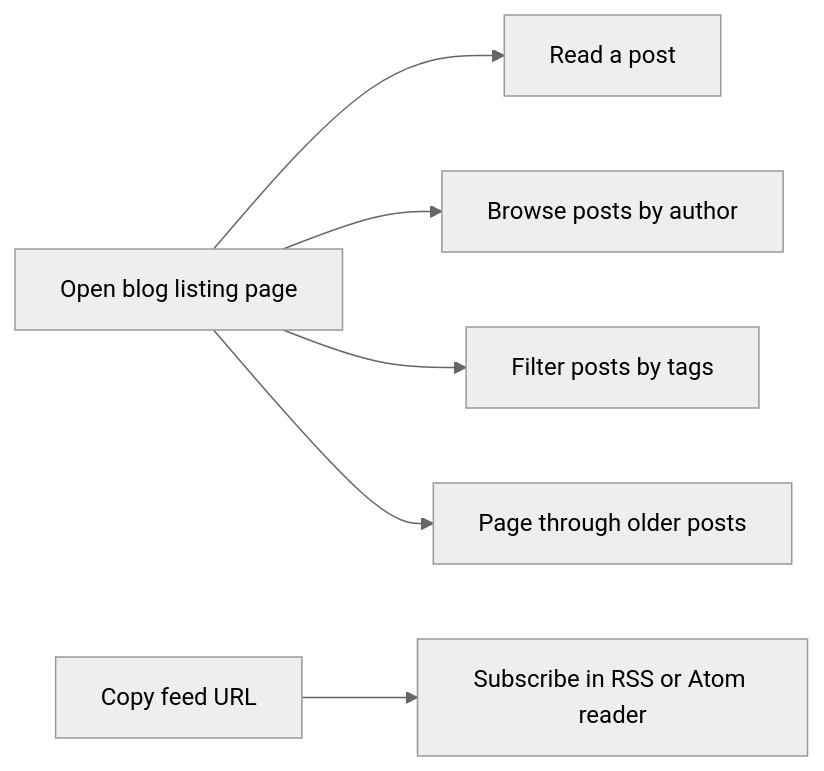
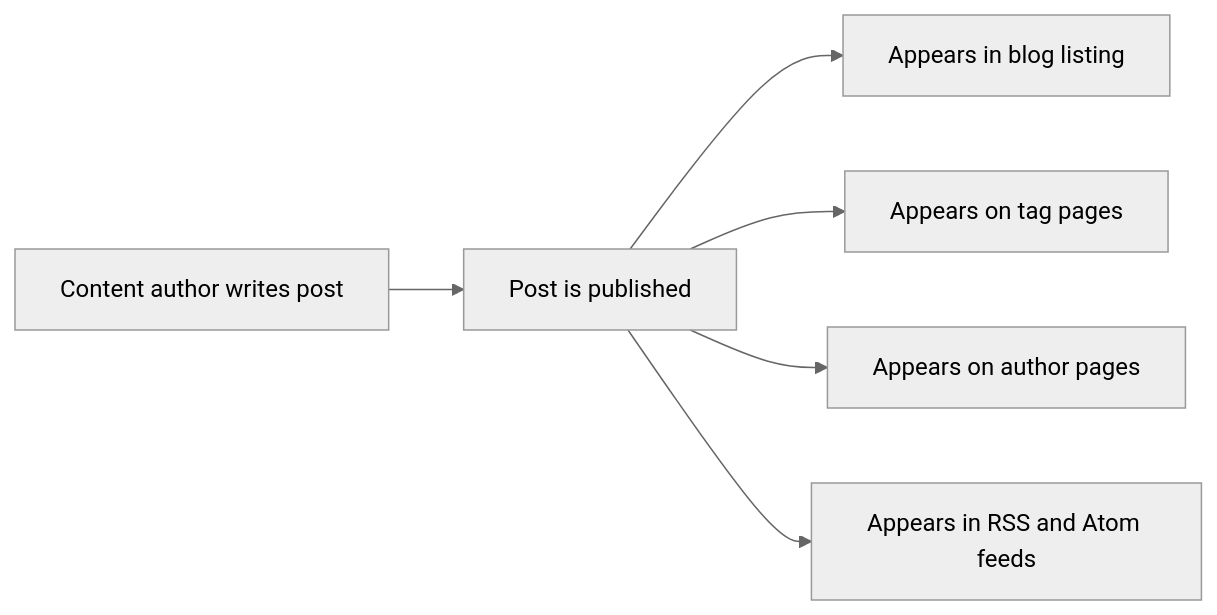
The first of 2 diagrams in api2-documentation/plan_2026-11-02_f8890e/user-facing-docs/blog.md (Mohita111/API2), drawn with Mermaid (neutral theme) before and after one commit. The commit also changed other lines of this file and 13 other files, not shown here.

````diff
--- a/api2-documentation/plan_2026-11-02_f8890e/user-facing-docs/blog.md
+++ b/api2-documentation/plan_2026-11-02_f8890e/user-facing-docs/blog.md
@@ -19,8 +42,8 @@
 ```mermaid
 graph LR
-    A[Open blog listing page] --> B[Read a post]
-    A --> C[Browse posts by author]
-    A --> D[Filter posts by tags]
-    A --> E[Page through older posts]
-    F[Copy feed URL] --> G[Subscribe in RSS or Atom reader]
+    Author[Content author writes post] --> Published[Post is published]
+    Published --> Listing[Appears in blog listing]
+    Published --> TagPages[Appears on tag pages]
+    Published --> AuthorPages[Appears on author pages]
+    Published --> Feeds[Appears in RSS and Atom feeds]
 ```
````
